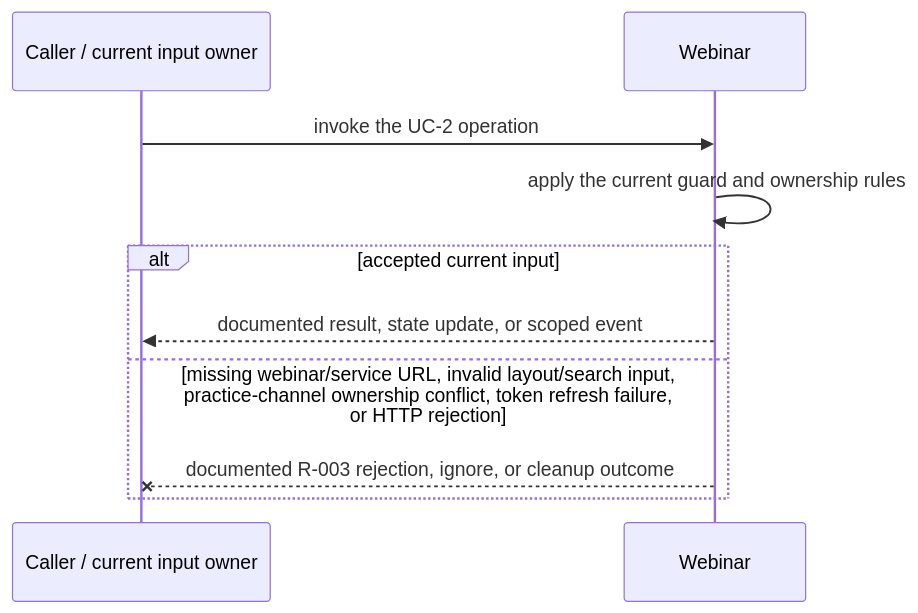
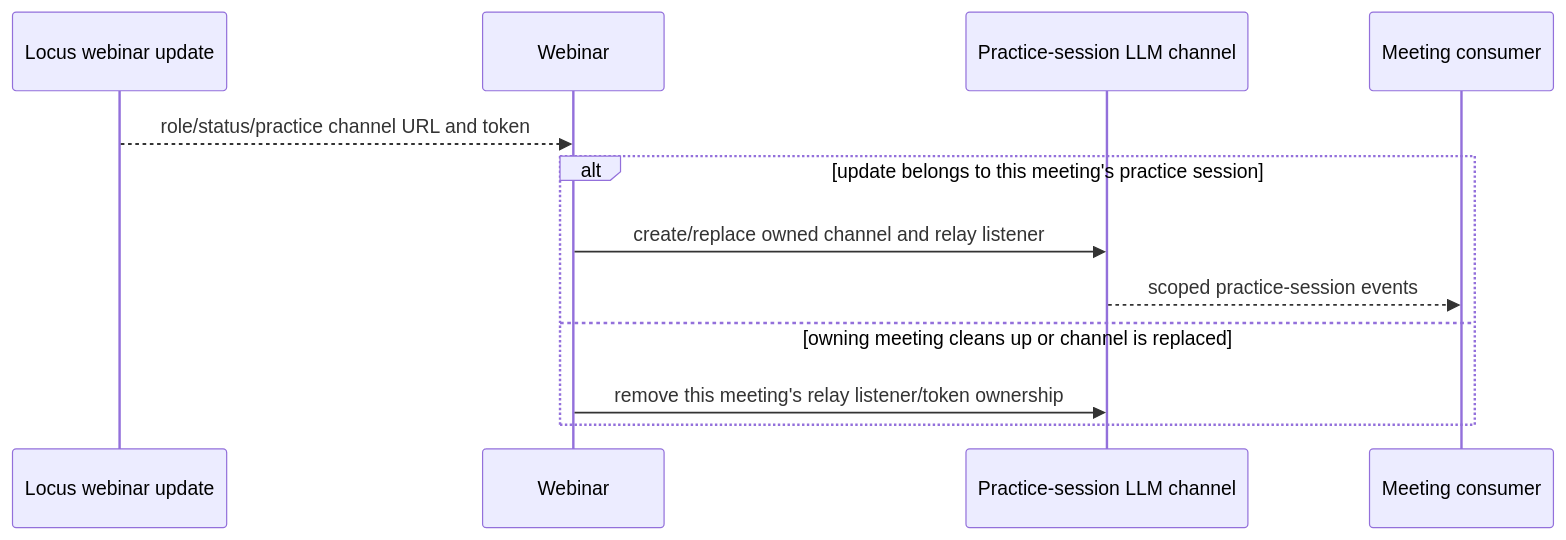
Before and after one commit to webex/webex-js-sdk: the third of 5 diagrams in packages/@webex/plugin-meetings/src/webinar/ai-docs/webinar-spec.md, drawn with Mermaid. The commit also changed other lines of this file and 24 other files, not shown here.

````diff
--- a/packages/@webex/plugin-meetings/src/webinar/ai-docs/webinar-spec.md
+++ b/packages/@webex/plugin-meetings/src/webinar/ai-docs/webinar-spec.md
@@ -140,12 +144,14 @@
 ```mermaid
 sequenceDiagram
-  participant C as Caller / current input owner
-  participant M as Webinar
-  C->>M: invoke the UC-2 operation
-  M->>M: apply the current guard and ownership rules
-  alt accepted current input
-    M-->>C: documented result, state update, or scoped event
-  else missing webinar/service URL, invalid layout/search input, practice-channel ownership conflict, token refresh failure, or HTTP rejection
-    M--xC: documented R-003 rejection, ignore, or cleanup outcome
+  participant L as Locus webinar update
+  participant W as Webinar
+  participant P as Practice-session LLM channel
+  participant C as Meeting consumer
+  L-->>W: role/status/practice channel URL and token
+  alt update belongs to this meeting's practice session
+    W->>P: create/replace owned channel and relay listener
+    P-->>C: scoped practice-session events
+  else owning meeting cleans up or channel is replaced
+    W->>P: remove this meeting's relay listener/token ownership
   end
 ```
````
